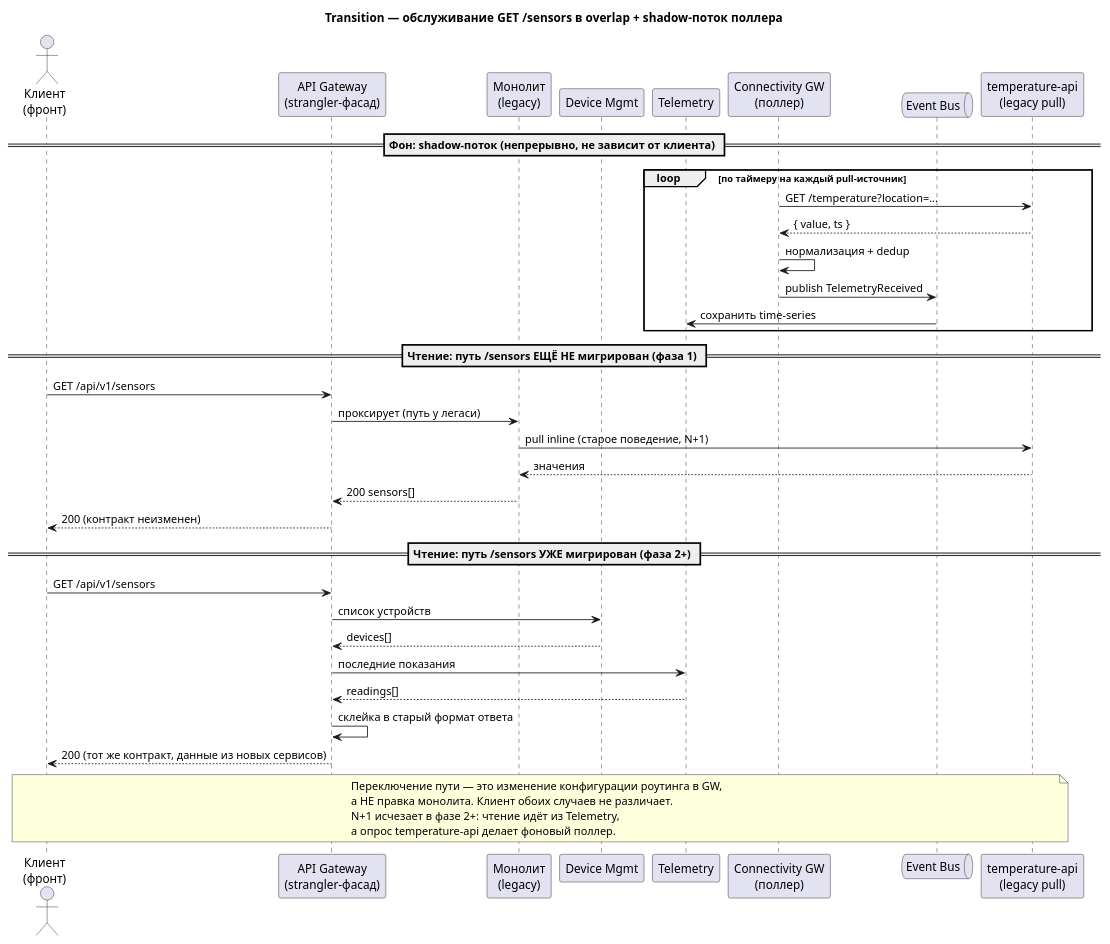
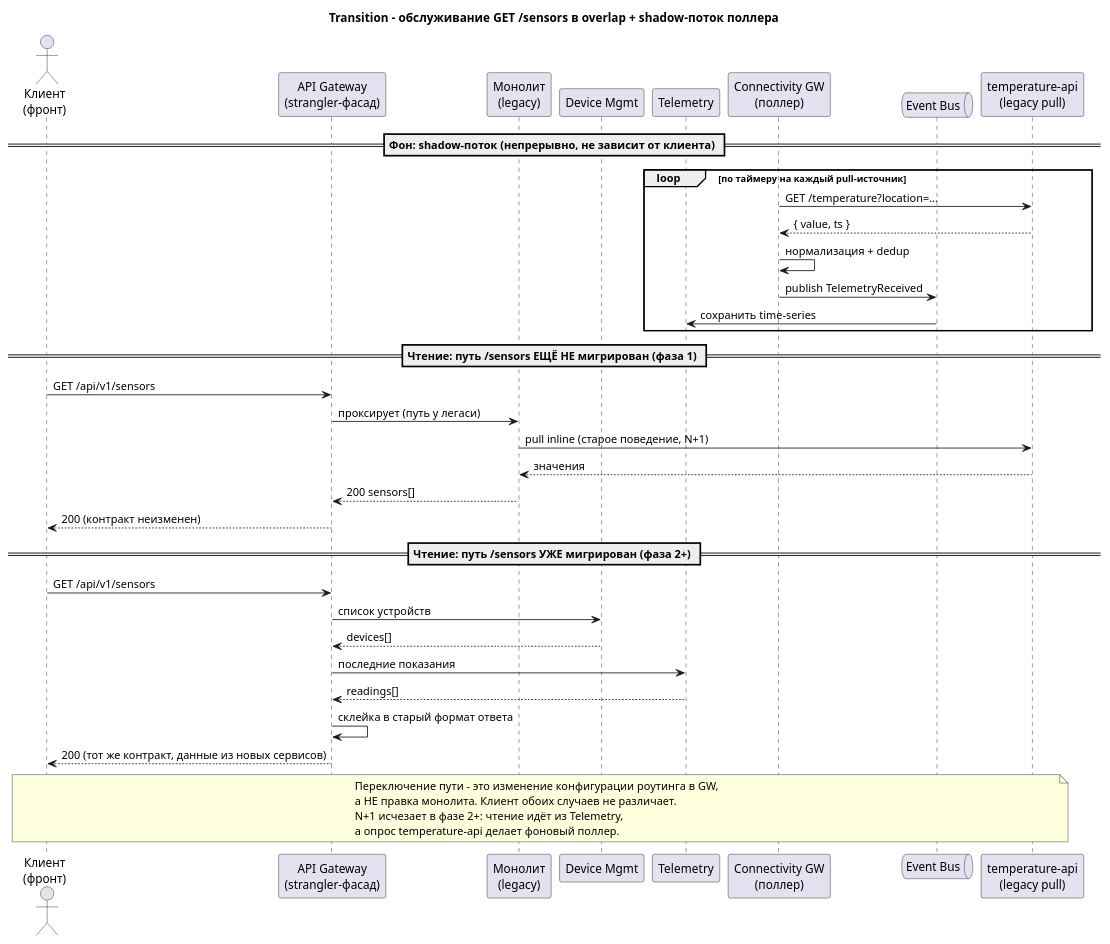
The diagram in docs/c4/transition_sequence.puml (Antoo1/arch_1_microservices), drawn with PlantUML before and after one commit. The commit also changed 3 other files, not shown here.

```diff
--- a/docs/c4/transition_sequence.puml
+++ b/docs/c4/transition_sequence.puml
@@ -1,46 +1,46 @@
 @startuml transition_sequence
-title Transition — обслуживание GET /sensors в overlap + shadow-поток поллера
+title Transition - обслуживание GET /sensors в overlap + shadow-поток поллера
 
 actor "Клиент\n(фронт)" as cl
 participant "API Gateway\n(strangler-фасад)" as gw
 participant "Монолит\n(legacy)" as mono
 participant "Device Mgmt" as dm
 participant "Telemetry" as tel
 participant "Connectivity GW\n(поллер)" as conngw
 queue "Event Bus" as bus
 participant "temperature-api\n(legacy pull)" as tapi
 
 == Фон: shadow-поток (непрерывно, не зависит от клиента) ==
 loop по таймеру на каждый pull-источник
   conngw -> tapi : GET /temperature?location=...
   tapi --> conngw : { value, ts }
   conngw -> conngw : нормализация + dedup
   conngw -> bus : publish TelemetryReceived
   bus -> tel : сохранить time-series
 end
 
 == Чтение: путь /sensors ЕЩЁ НЕ мигрирован (фаза 1) ==
 cl -> gw : GET /api/v1/sensors
 gw -> mono : проксирует (путь у легаси)
 mono -> tapi : pull inline (старое поведение, N+1)
 tapi --> mono : значения
 mono --> gw : 200 sensors[]
 gw --> cl : 200 (контракт неизменен)
 
 == Чтение: путь /sensors УЖЕ мигрирован (фаза 2+) ==
 cl -> gw : GET /api/v1/sensors
 gw -> dm : список устройств
 dm --> gw : devices[]
 gw -> tel : последние показания
 tel --> gw : readings[]
 gw -> gw : склейка в старый формат ответа
 gw --> cl : 200 (тот же контракт, данные из новых сервисов)
 
 note across
-  Переключение пути — это изменение конфигурации роутинга в GW,
+  Переключение пути - это изменение конфигурации роутинга в GW,
   а НЕ правка монолита. Клиент обоих случаев не различает.
   N+1 исчезает в фазе 2+: чтение идёт из Telemetry,
   а опрос temperature-api делает фоновый поллер.
 end note
 
 @enduml
```
